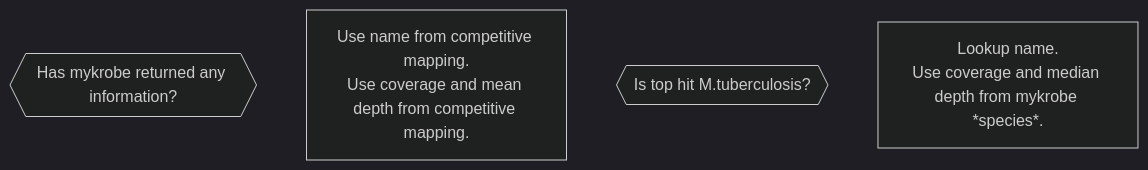
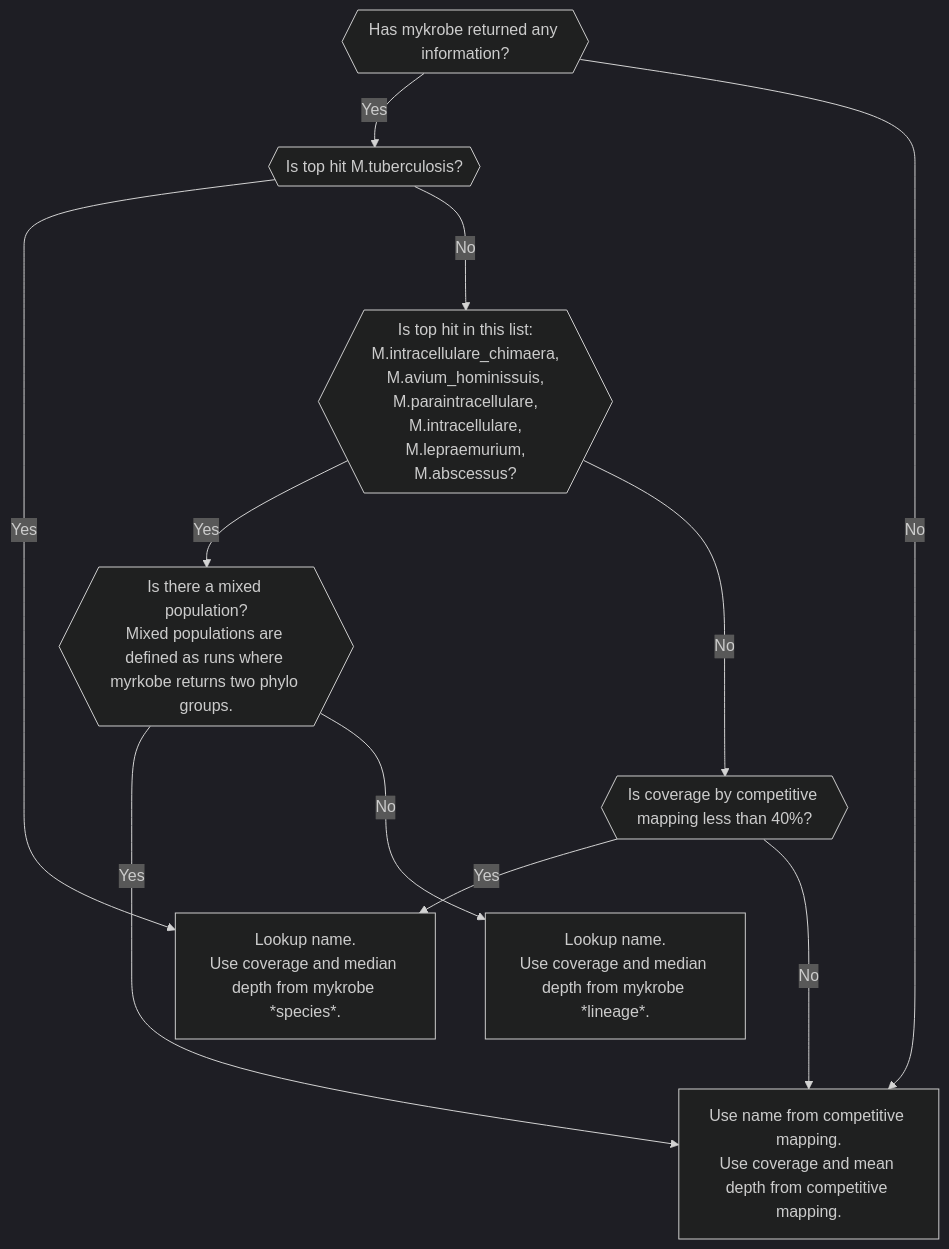
The diagram in speciation.md (softwaremmm/summary_pipeline), drawn with Mermaid (dark theme) before and after one commit.

Commit message:
dcos: newlines

````diff
--- a/speciation.md
+++ b/speciation.md
@@ -21,11 +21,33 @@
 ```mermaid
 graph TD;
     MYKROBE_RETURN{{Has mykrobe returned any information?}};
 
     ALL_CM[Use name from competitive mapping.<br/>Use coverage and mean depth from competitive mapping.];
 
     TOPHIT_TB{{Is top hit M.tuberculosis?}};
 
     MYKROBE_SPECIES[Lookup name.<br/>Use coverage and median depth from mykrobe *species*.];
 
+    TOPHIT_SPECIAL_NTM{{Is top hit in this list:<br/>M.intracellulare_chimaera,<br/>M.avium_hominissuis,<br/>M.paraintracellulare,<br/>M.intracellulare,<br/>M.lepraemurium,<br/>M.abscessus?}};
+
+    MIXED{{Is there a mixed population?<br/>Mixed populations are defined as runs where myrkobe returns two phylo groups.}};
+
+    PROCESS_SPECIAL_NTM_UNMIXED[Lookup name.<br/>Use coverage and median depth from mykrobe *lineage*.];
+
+    LOW_COV{{Is coverage by competitive mapping less than 40%?}};
+
+    MYKROBE_RETURN--Yes-->TOPHIT_TB;
+    MYKROBE_RETURN--Noo-->ALL_CM;
+
+    TOPHIT_TB--Yes-->MYKROBE_SPECIES;
+    TOPHIT_TB--Noo-->TOPHIT_SPECIAL_NTM;
+
+    TOPHIT_SPECIAL_NTM--Yes-->MIXED;
+    MIXED--Yes-->ALL_CM;
+    MIXED--Noo-->PROCESS_SPECIAL_NTM_UNMIXED;
+    TOPHIT_SPECIAL_NTM--Noo-->LOW_COV;
+
+    LOW_COV--Yes-->MYKROBE_SPECIES;
+    LOW_COV--Noo-->ALL_CM;
+
 ```
````
